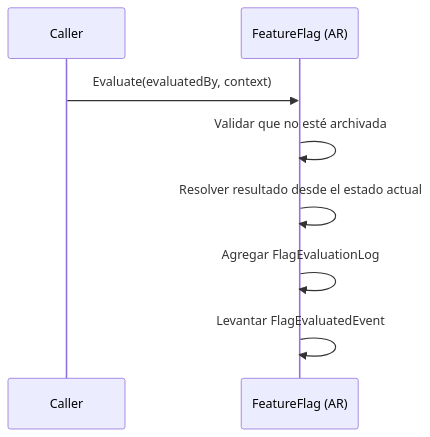
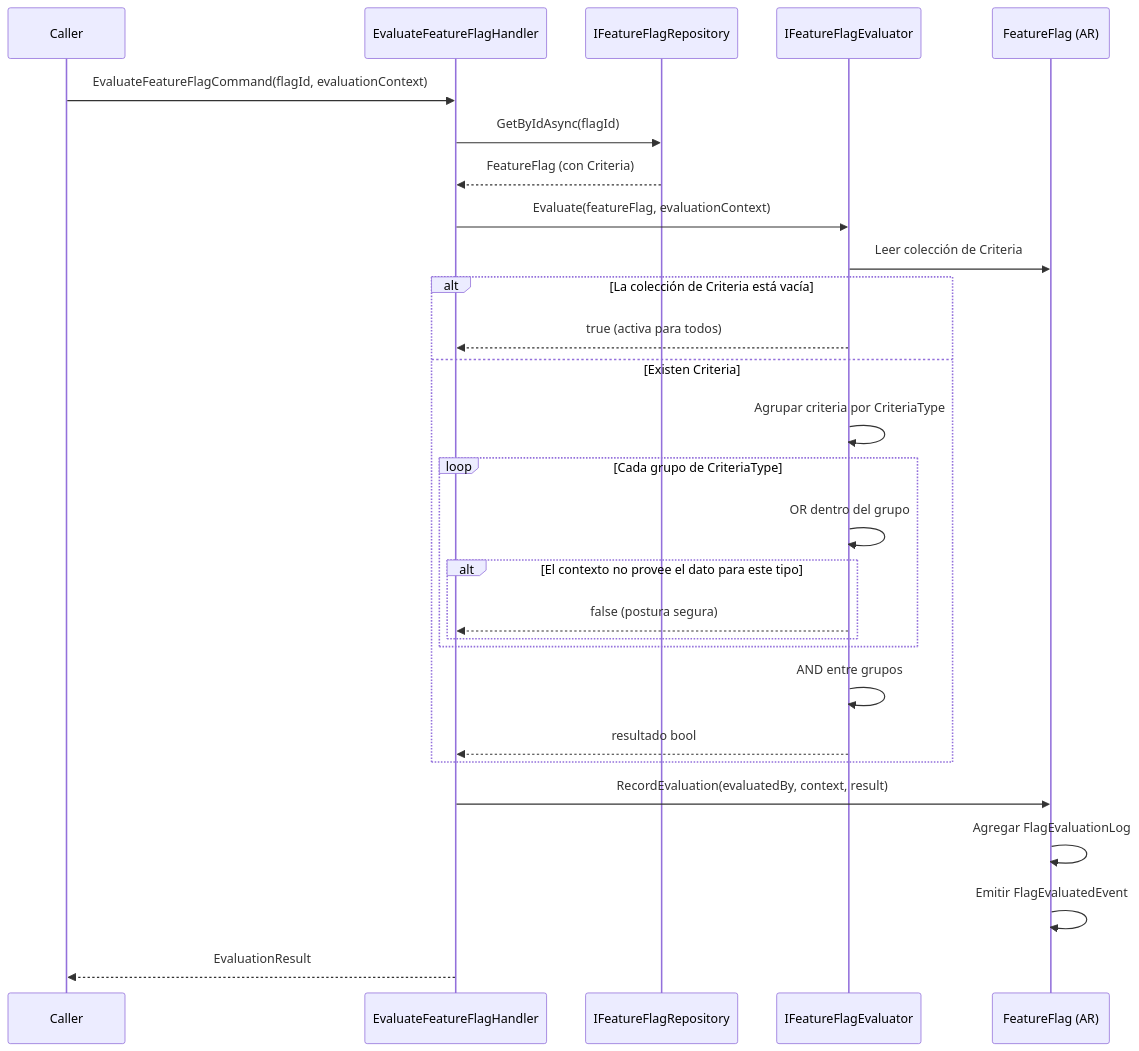
The third of 4 diagrams in docs/domain-es/configuration/feature-flag.md (beyondnetcode/ums), drawn with Mermaid before and after one commit. The commit also changed other lines of this file and 10 other files, not shown here.

````diff
--- a/docs/domain-es/configuration/feature-flag.md
+++ b/docs/domain-es/configuration/feature-flag.md
@@ -99,11 +167,31 @@
 ```mermaid
 sequenceDiagram
     participant C as Caller
+    participant H as EvaluateFeatureFlagHandler
+    participant R as IFeatureFlagRepository
+    participant E as IFeatureFlagEvaluator
     participant F as FeatureFlag (AR)
 
-    C->>F: Evaluate(evaluatedBy, context)
-    F->>F: Validar que no esté archivada
-    F->>F: Resolver resultado desde el estado actual
+    C->>H: EvaluateFeatureFlagCommand(flagId, evaluationContext)
+    H->>R: GetByIdAsync(flagId)
+    R-->>H: FeatureFlag (con Criteria)
+    H->>E: Evaluate(featureFlag, evaluationContext)
+    E->>F: Leer colección de Criteria
+    alt La colección de Criteria está vacía
+        E-->>H: true (activa para todos)
+    else Existen Criteria
+        E->>E: Agrupar criteria por CriteriaType
+        loop Cada grupo de CriteriaType
+            E->>E: OR dentro del grupo
+            alt El contexto no provee el dato para este tipo
+                E-->>H: false (postura segura)
+            end
+        end
+        E->>E: AND entre grupos
+        E-->>H: resultado bool
+    end
+    H->>F: RecordEvaluation(evaluatedBy, context, result)
     F->>F: Agregar FlagEvaluationLog
-    F->>F: Levantar FlagEvaluatedEvent
+    F->>F: Emitir FlagEvaluatedEvent
+    H-->>C: EvaluationResult
 ```
````
